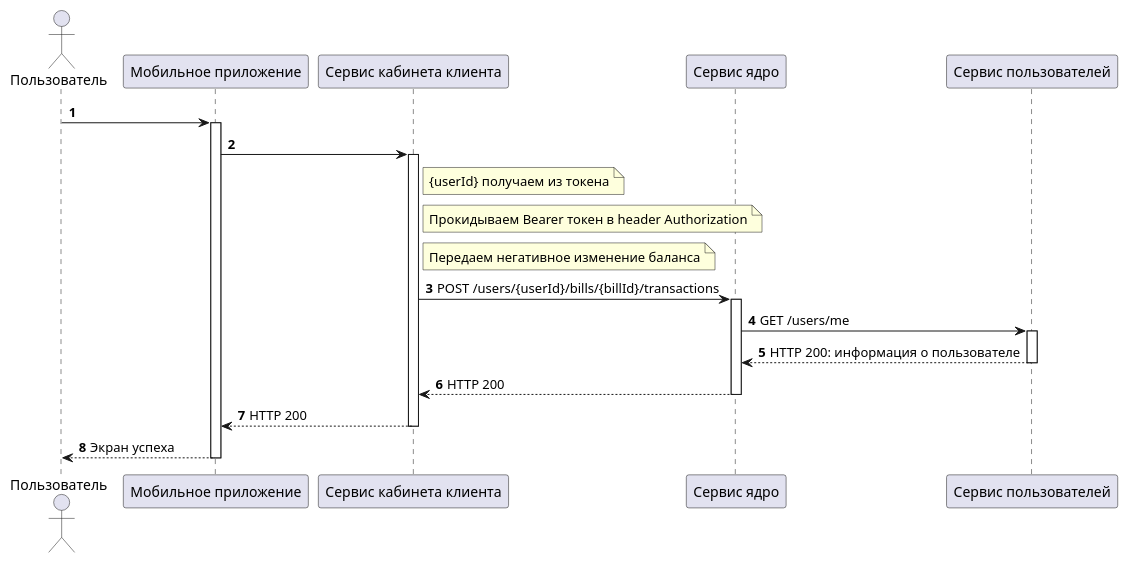
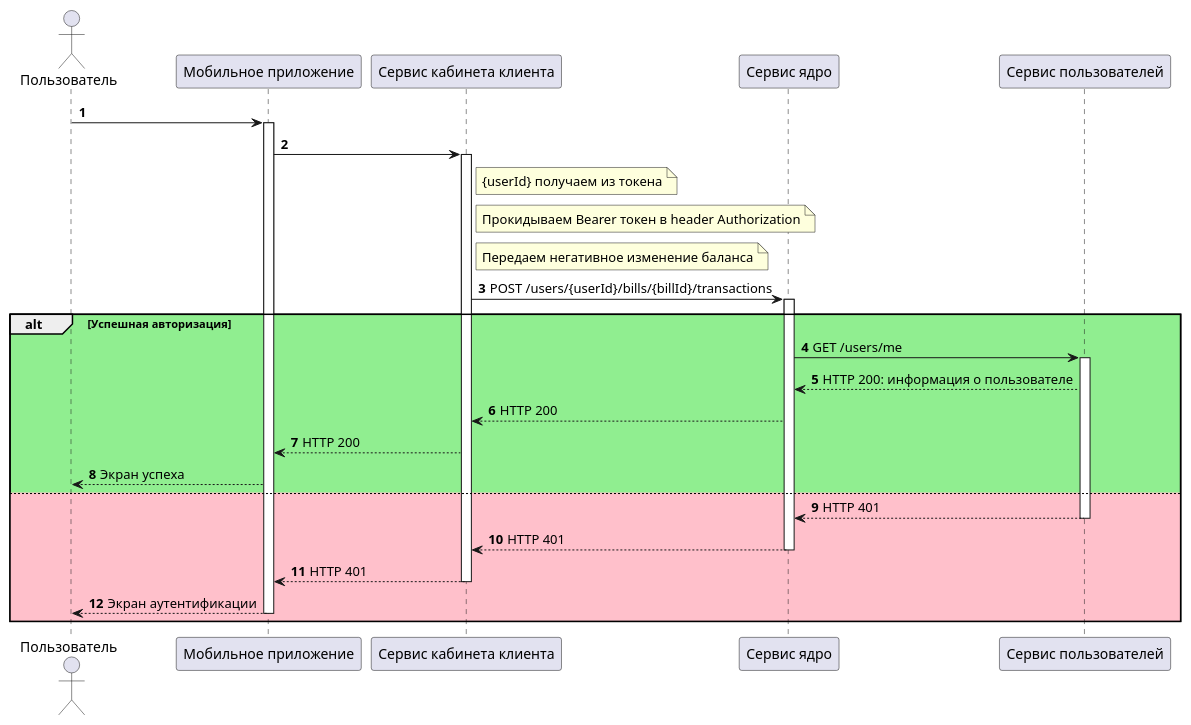
Before and after one commit to AlekseyFeofilov/HubaBank: the diagram in diagrams/client/Снять деньги со счета.puml, drawn with PlantUML. The commit also changed 9 other files, not shown here.

Commit message:
Правка сиквенс диаграмм

```diff
--- a/diagrams/client/Снять деньги со счета.puml
+++ b/diagrams/client/Снять деньги со счета.puml
@@ -1,40 +1,47 @@
 @startuml
 'https://plantuml.com/sequence-diagram
 
 autonumber
 
 actor "Пользователь" as User
 participant "Мобильное приложение" as MobileApp
 participant "Сервис кабинета клиента" as ClientService
 participant "Сервис ядро" as CoreService
 participant "Сервис пользователей" as UserService
 
 User -> MobileApp
 activate MobileApp
 
     MobileApp -> ClientService
     activate ClientService
 
         note right ClientService
         {userId} получаем из токена
         end note
 
         note right ClientService
         Прокидываем Bearer токен в header Authorization
         end note
 
         note right ClientService
         Передаем негативное изменение баланса
         end note
 
         ClientService -> CoreService: POST /users/{userId}/bills/{billId}/transactions
         activate CoreService
 
+alt #lightgreen Успешная авторизация
             CoreService -> UserService: GET /users/me
             activate UserService
-            return HTTP 200: информация о пользователе
-        return HTTP 200
-    return HTTP 200
-return Экран успеха
+            CoreService <-- UserService: HTTP 200: информация о пользователе
+            ClientService <-- CoreService: HTTP 200
+            MobileApp <-- ClientService: HTTP 200
+            User <-- MobileApp: Экран успеха
+else #pink
+            return HTTP 401
+        return HTTP 401
+    return HTTP 401
+return Экран аутентификации
+end
 
 @enduml
```
